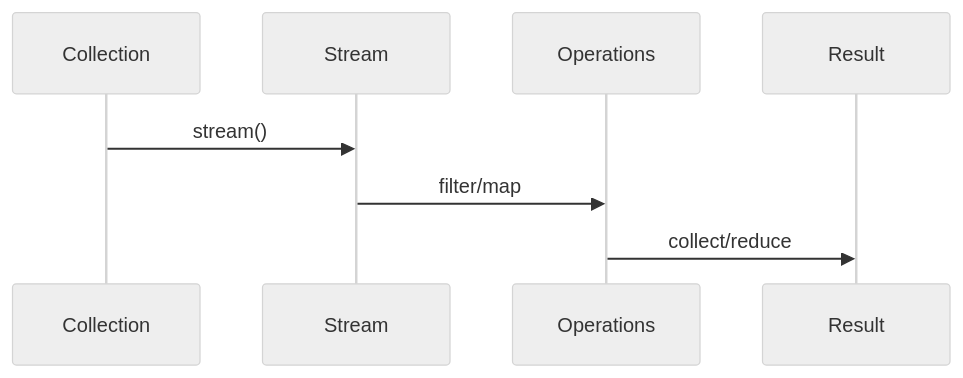
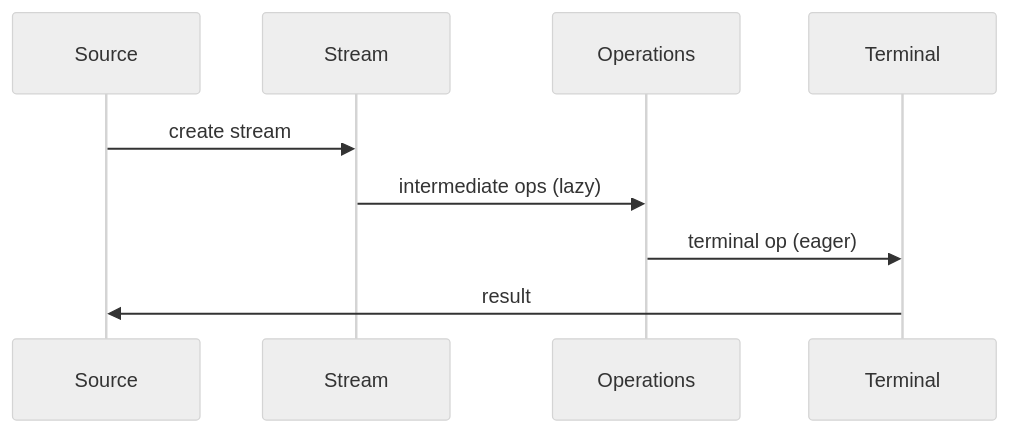
One commit to VrushankPatel/interview-matters changed the diagram in java/streams-functional-java/README.md. Above: the diagram before and after it, drawn with Mermaid (neutral theme). The commit also changed other lines of this file and 8 other files, not shown here.

````diff
--- a/java/streams-functional-java/README.md
+++ b/java/streams-functional-java/README.md
@@ -79,11 +116,12 @@
 ```mermaid
 sequenceDiagram
-    participant Source as Collection
-    participant Stream as Stream
-    participant Operation as Operations
-    participant Result as Result
+    participant Source
+    participant Stream
+    participant Operations
+    participant Terminal
 
-    Source->>Stream: stream()
-    Stream->>Operation: filter/map
-    Operation->>Result: collect/reduce
+    Source->>Stream: create stream
+    Stream->>Operations: intermediate ops (lazy)
+    Operations->>Terminal: terminal op (eager)
+    Terminal->>Source: result
 ```
````
